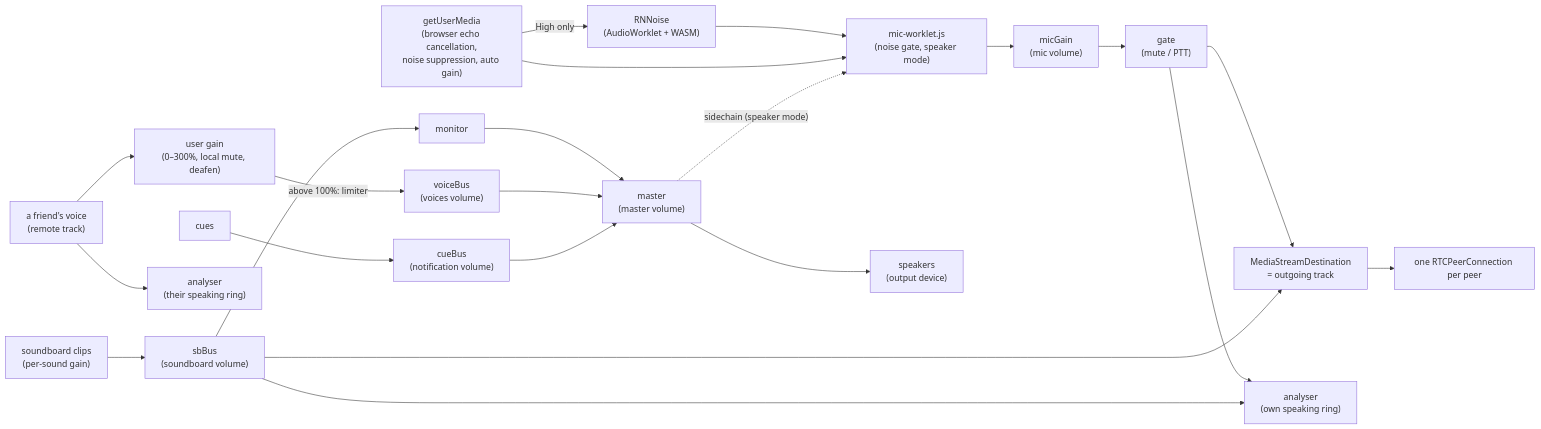
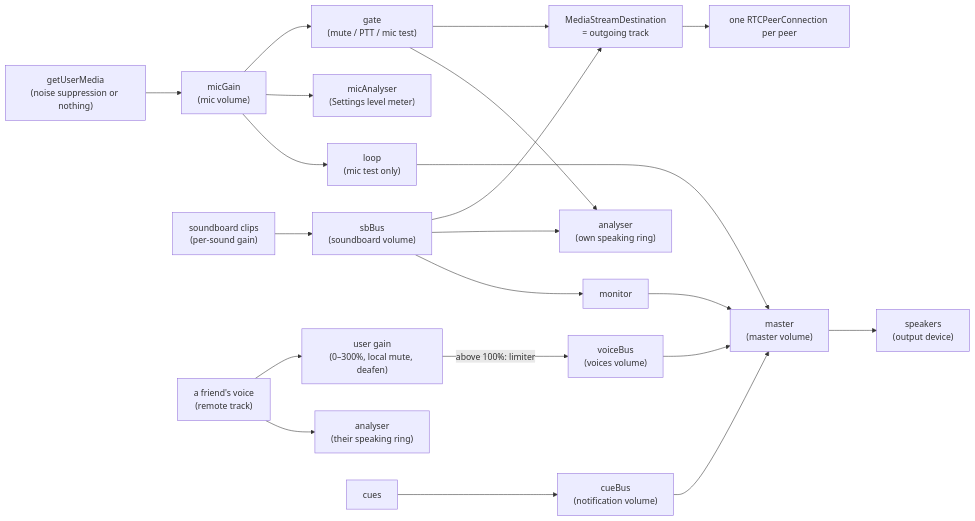
One commit to nickolaiposs/friendspeak changed the second of 2 diagrams in docs/ARCHITECTURE.md. Above: the diagram before and after it, drawn with Mermaid. The commit also changed other lines of this file and 11 other files, not shown here.

First line of the commit message:
Voice: plain mic with one noise suppression toggle, max-quality Opus with a per-server setting, and a real mic test

````diff
--- a/docs/ARCHITECTURE.md
+++ b/docs/ARCHITECTURE.md
@@ -316,18 +316,17 @@
 ```mermaid
 flowchart LR
-  Mic["getUserMedia<br/>(browser echo cancellation,<br/>noise suppression, auto gain)"] -- "High only" --> RNN["RNNoise<br/>(AudioWorklet + WASM)"] --> NG["mic-worklet.js<br/>(noise gate, speaker mode)"]
-  Mic --> NG
-  NG --> MicGain["micGain<br/>(mic volume)"] --> Gate["gate<br/>(mute / PTT)"]
+  Mic["getUserMedia<br/>(noise suppression or nothing)"] --> MicGain["micGain<br/>(mic volume)"] --> Gate["gate<br/>(mute / PTT / mic test)"]
+  MicGain --> MicA["micAnalyser<br/>(Settings level meter)"]
+  MicGain --> Loop["loop<br/>(mic test only)"] --> Master
   Gate --> Out["MediaStreamDestination<br/>= outgoing track"]
   Gate --> SelfA["analyser<br/>(own speaking ring)"]
   SB["soundboard clips<br/>(per-sound gain)"] --> Bus["sbBus<br/>(soundboard volume)"]
   Bus --> Out
   Bus --> SelfA
   Bus --> Mon["monitor"] --> Master["master<br/>(master volume)"] --> Speakers["speakers<br/>(output device)"]
   Out --> PCs["one RTCPeerConnection per peer"]
   Remote["a friend's voice<br/>(remote track)"] --> UserGain["user gain<br/>(0–300%, local mute, deafen)"]
   Remote --> PeerA["analyser<br/>(their speaking ring)"]
   UserGain -- "above 100%: limiter" --> VoiceBus["voiceBus<br/>(voices volume)"] --> Master
   Cues["cues"] --> CueBus["cueBus<br/>(notification volume)"] --> Master
-  Master -. "sidechain (speaker mode)" .-> NG
 ```
````
